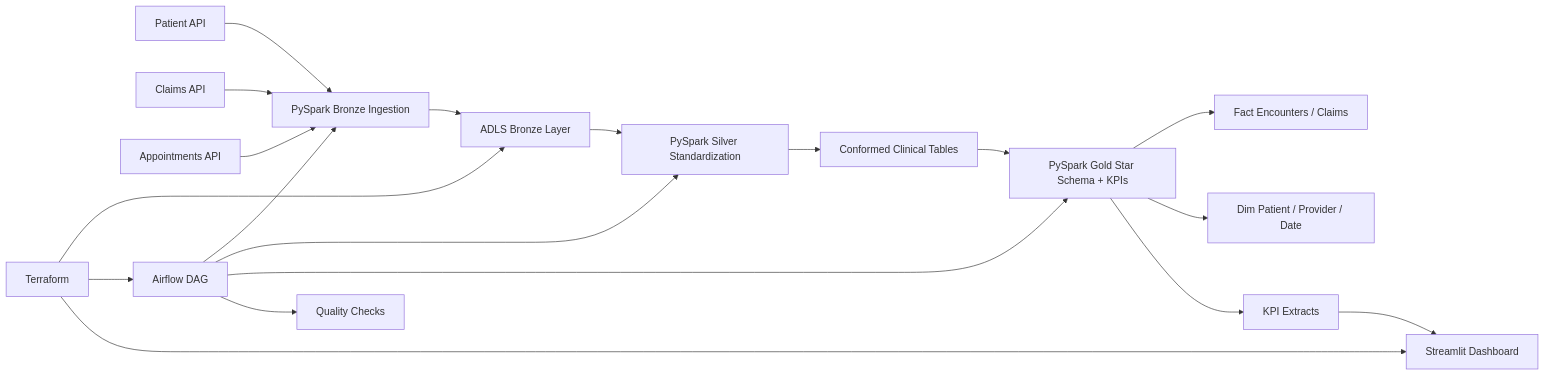
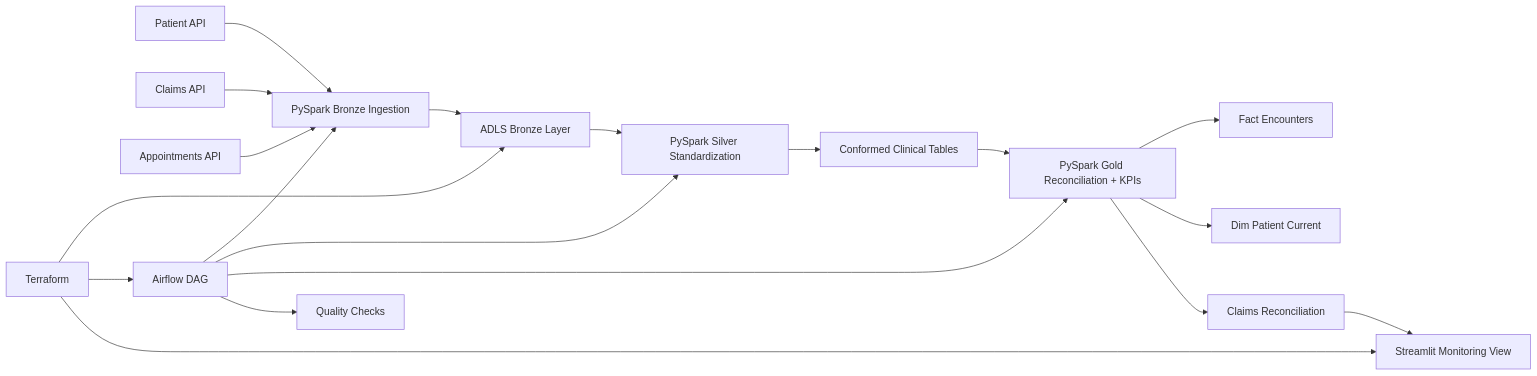
The diagram in README.md (SajjaAkash/healthcare-data-pipeline), drawn with Mermaid before and after one commit. The commit also changed other lines of this file and 9 other files, not shown here.

````diff
--- a/README.md
+++ b/README.md
@@ -20,21 +28,21 @@
 ```mermaid
 flowchart LR
     A["Patient API"] --> B["PySpark Bronze Ingestion"]
     C["Claims API"] --> B
     D["Appointments API"] --> B
     B --> E["ADLS Bronze Layer"]
     E --> F["PySpark Silver Standardization"]
     F --> G["Conformed Clinical Tables"]
-    G --> H["PySpark Gold Star Schema + KPIs"]
-    H --> I["Fact Encounters / Claims"]
-    H --> J["Dim Patient / Provider / Date"]
-    H --> K["KPI Extracts"]
+    G --> H["PySpark Gold Reconciliation + KPIs"]
+    H --> I["Fact Encounters"]
+    H --> J["Dim Patient Current"]
+    H --> K["Claims Reconciliation"]
     L["Airflow DAG"] --> B
     L --> F
     L --> H
     L --> M["Quality Checks"]
-    K --> N["Streamlit Dashboard"]
+    K --> N["Streamlit Monitoring View"]
     O["Terraform"] --> E
     O --> L
     O --> N
 ```
````
